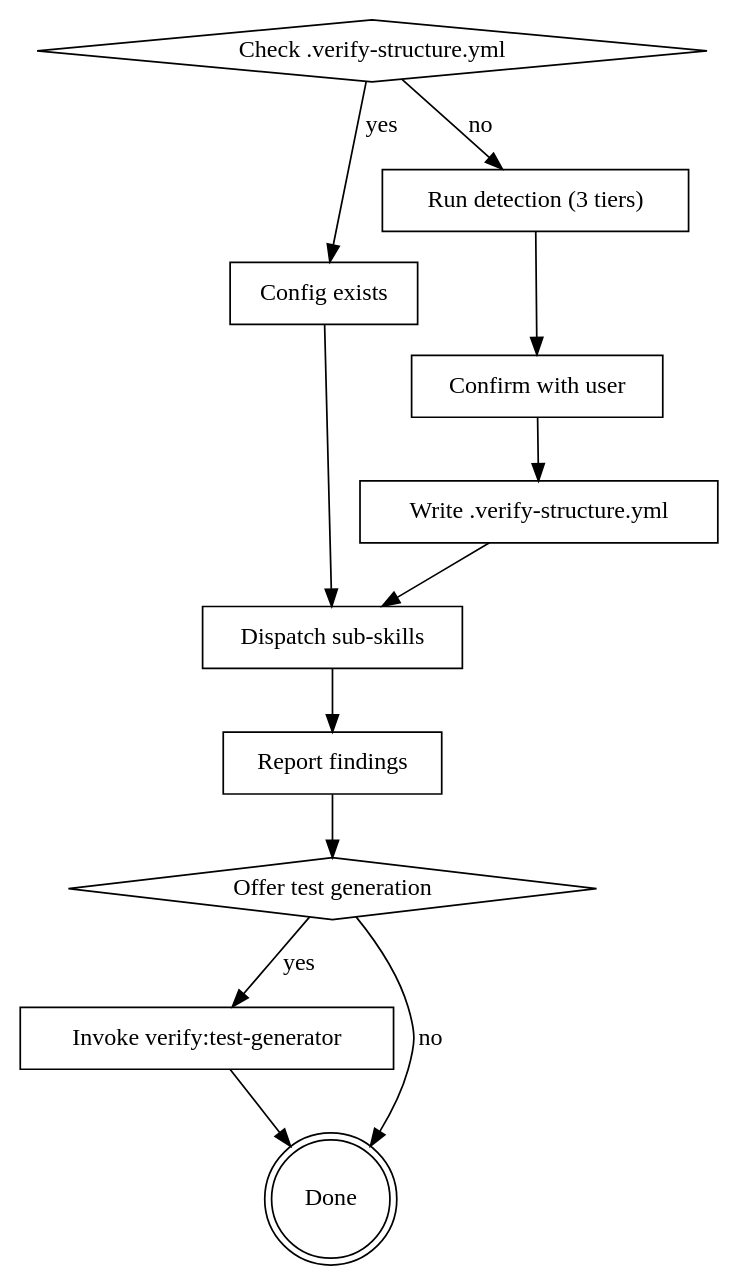
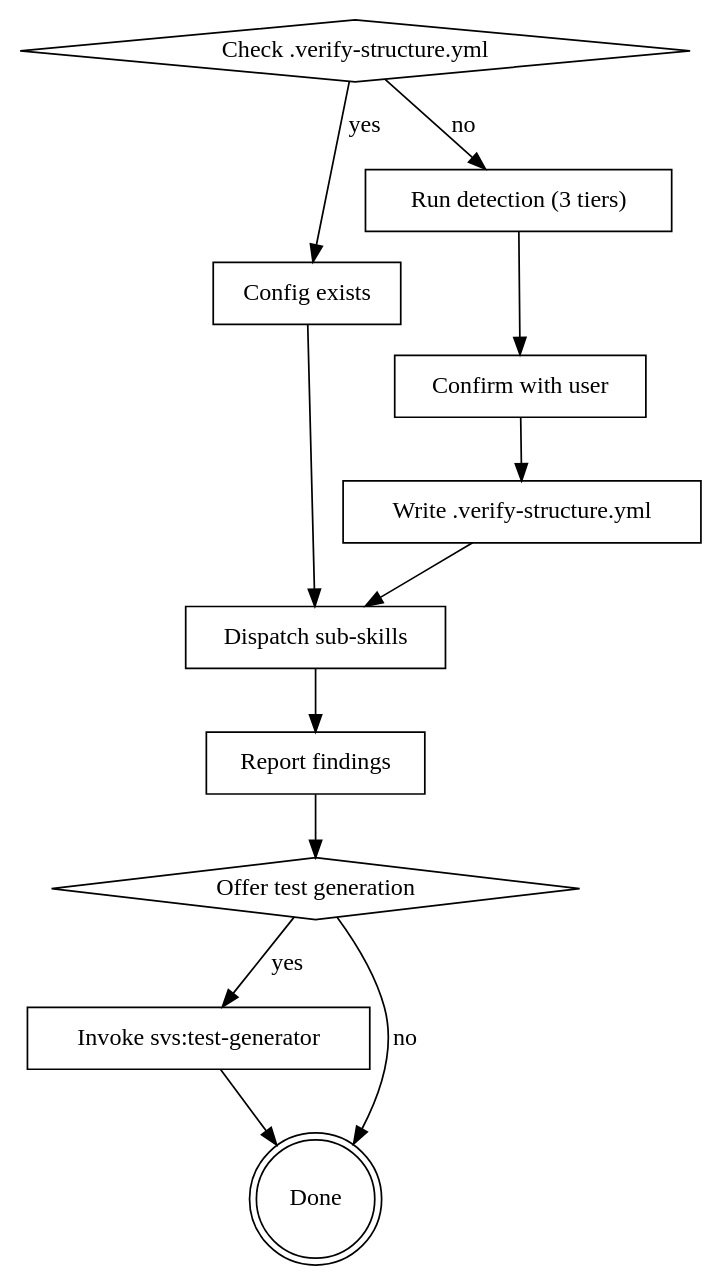
One commit to minwoo1989/software-verification-skill changed the diagram in skills/verify-structure/SKILL.md. Above: the diagram before and after it, drawn with Graphviz. The commit also changed other lines of this file and 10 other files, not shown here.

````diff
--- a/skills/verify-structure/SKILL.md
+++ b/skills/verify-structure/SKILL.md
@@ -12,26 +12,26 @@
 ```dot
 digraph flow {
     "Check .verify-structure.yml" [shape=diamond];
     "Config exists" [shape=box];
     "Run detection (3 tiers)" [shape=box];
     "Confirm with user" [shape=box];
     "Write .verify-structure.yml" [shape=box];
     "Dispatch sub-skills" [shape=box];
     "Report findings" [shape=box];
     "Offer test generation" [shape=diamond];
-    "Invoke verify:test-generator" [shape=box];
+    "Invoke svs:test-generator" [shape=box];
     "Done" [shape=doublecircle];
 
     "Check .verify-structure.yml" -> "Config exists" [label="yes"];
     "Check .verify-structure.yml" -> "Run detection (3 tiers)" [label="no"];
     "Config exists" -> "Dispatch sub-skills";
     "Run detection (3 tiers)" -> "Confirm with user";
     "Confirm with user" -> "Write .verify-structure.yml";
     "Write .verify-structure.yml" -> "Dispatch sub-skills";
     "Dispatch sub-skills" -> "Report findings";
     "Report findings" -> "Offer test generation";
-    "Offer test generation" -> "Invoke verify:test-generator" [label="yes"];
+    "Offer test generation" -> "Invoke svs:test-generator" [label="yes"];
     "Offer test generation" -> "Done" [label="no"];
-    "Invoke verify:test-generator" -> "Done";
+    "Invoke svs:test-generator" -> "Done";
 }
 ```
````
